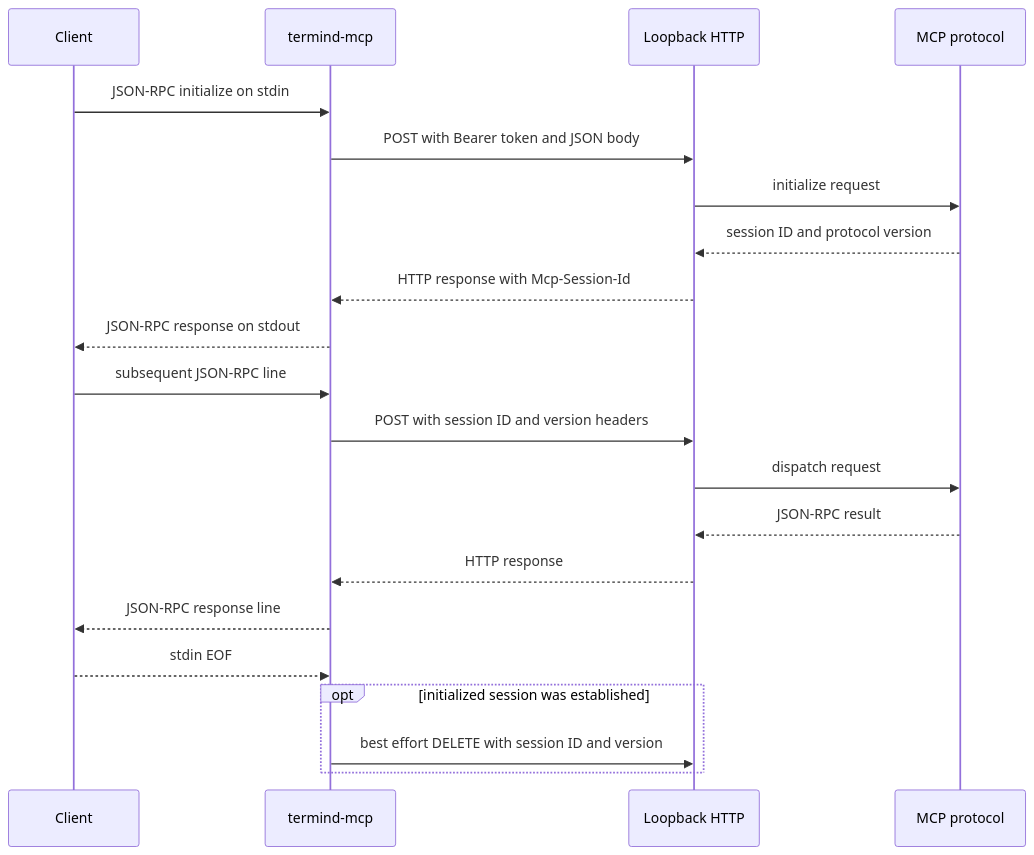
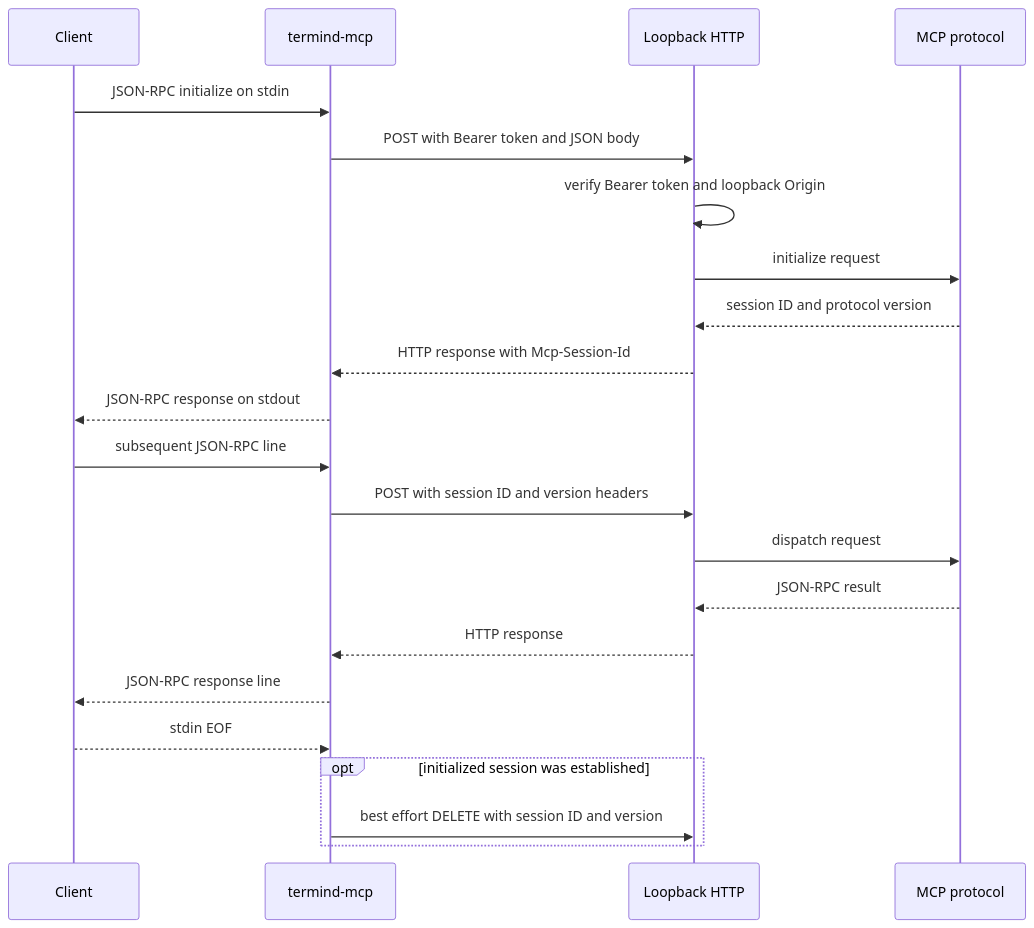
One commit to AkinoKaede/Termind changed the seventh of 7 diagrams in openwiki/integrations/mcp-server-and-bridge.md. Above: the diagram before and after it, drawn with Mermaid. The commit also changed other lines of this file and 54 other files, not shown here.

````diff
--- a/openwiki/integrations/mcp-server-and-bridge.md
+++ b/openwiki/integrations/mcp-server-and-bridge.md
@@ -316,23 +349,24 @@
 ```mermaid
 sequenceDiagram
     participant Client
     participant Bridge as termind-mcp
     participant HTTP as Loopback HTTP
     participant Protocol as MCP protocol
     Client->>Bridge: JSON-RPC initialize on stdin
     Bridge->>HTTP: POST with Bearer token and JSON body
+    HTTP->>HTTP: verify Bearer token and loopback Origin
     HTTP->>Protocol: initialize request
     Protocol-->>HTTP: session ID and protocol version
     HTTP-->>Bridge: HTTP response with Mcp-Session-Id
     Bridge-->>Client: JSON-RPC response on stdout
     Client->>Bridge: subsequent JSON-RPC line
     Bridge->>HTTP: POST with session ID and version headers
     HTTP->>Protocol: dispatch request
     Protocol-->>HTTP: JSON-RPC result
     HTTP-->>Bridge: HTTP response
     Bridge-->>Client: JSON-RPC response line
     Client-->>Bridge: stdin EOF
     opt initialized session was established
         Bridge->>HTTP: best effort DELETE with session ID and version
     end
 ```
````
